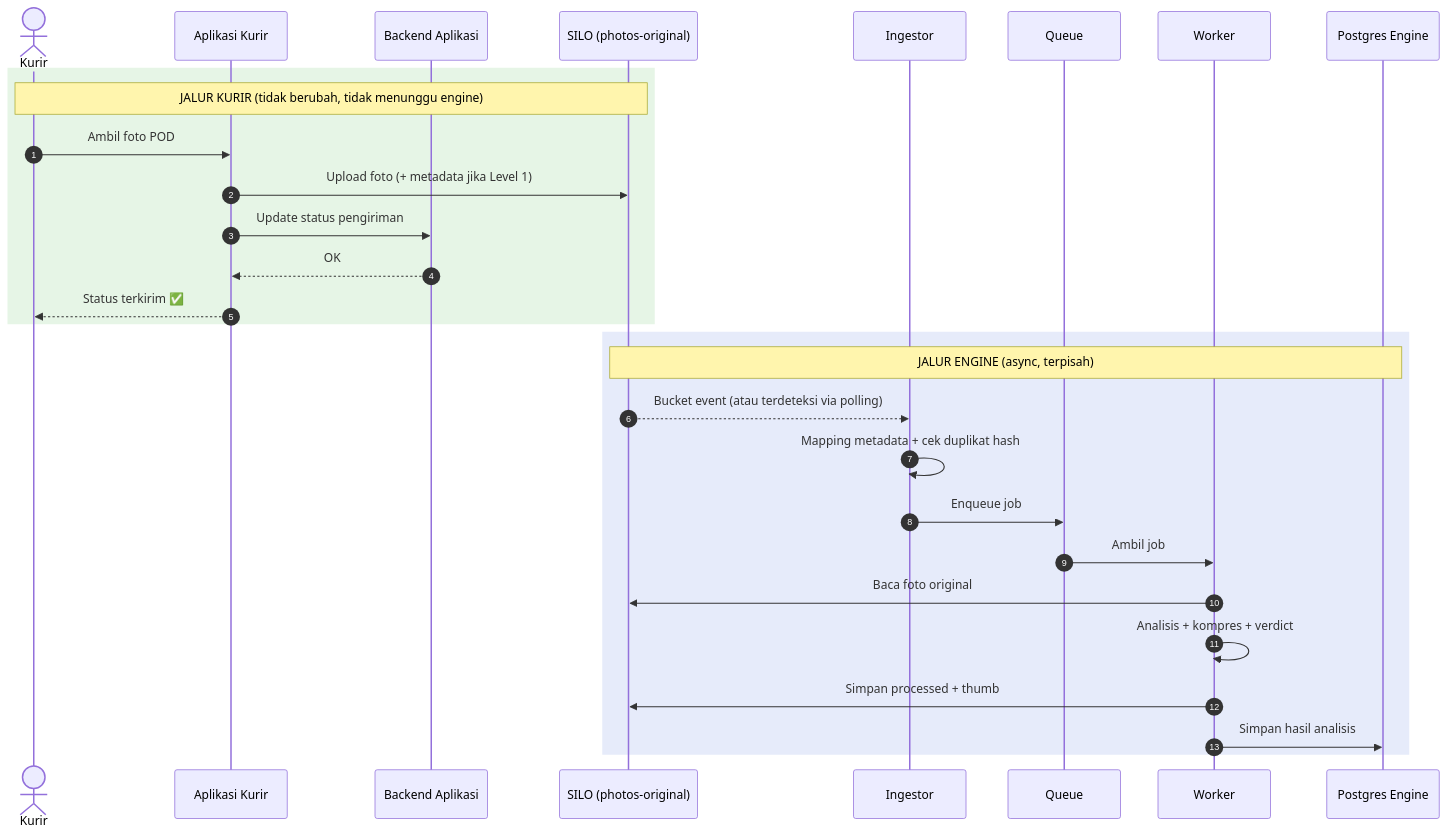
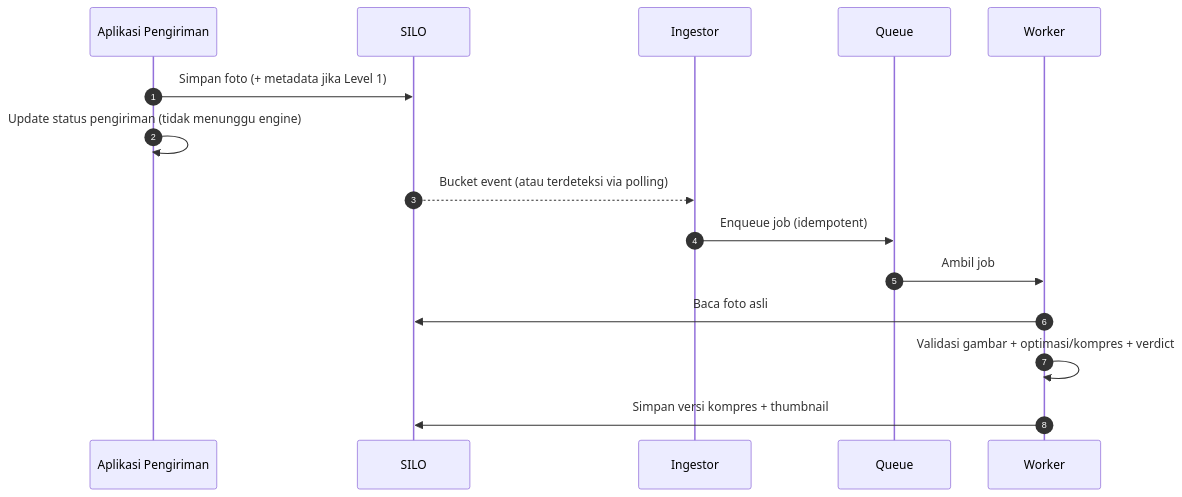
One commit to anas-fikri/ocr-engine changed the seventh of 20 diagrams in docs/sdlc-plan.md. Above: the diagram before and after it, drawn with Mermaid. The commit also changed other lines of this file and 3 other files, not shown here.

````diff
--- a/docs/sdlc-plan.md
+++ b/docs/sdlc-plan.md
@@ -647,33 +681,18 @@
 ```mermaid
 sequenceDiagram
     autonumber
-    actor K as Kurir
-    participant App as Aplikasi Kurir
-    participant BE as Backend Aplikasi
-    participant S as SILO (photos-original)
+    participant BE as Aplikasi Pengiriman
+    participant S as SILO
     participant I as Ingestor
     participant Q as Queue
     participant W as Worker
-    participant DB as Postgres Engine
 
-    rect rgb(230, 245, 230)
-    note over K,S: JALUR KURIR (tidak berubah, tidak menunggu engine)
-    K->>App: Ambil foto POD
-    App->>S: Upload foto (+ metadata jika Level 1)
-    App->>BE: Update status pengiriman
-    BE-->>App: OK
-    App-->>K: Status terkirim ✅
-    end
-
-    rect rgb(230, 235, 250)
-    note over S,DB: JALUR ENGINE (async, terpisah)
+    BE->>S: Simpan foto (+ metadata jika Level 1)
+    BE->>BE: Update status pengiriman (tidak menunggu engine)
     S-->>I: Bucket event (atau terdeteksi via polling)
-    I->>I: Mapping metadata + cek duplikat hash
-    I->>Q: Enqueue job
+    I->>Q: Enqueue job (idempotent)
     Q->>W: Ambil job
-    W->>S: Baca foto original
-    W->>W: Analisis + kompres + verdict
-    W->>S: Simpan processed + thumb
-    W->>DB: Simpan hasil analisis
-    end
+    W->>S: Baca foto asli
+    W->>W: Validasi gambar + optimasi/kompres + verdict
+    W->>S: Simpan versi kompres + thumbnail
 ```
````
